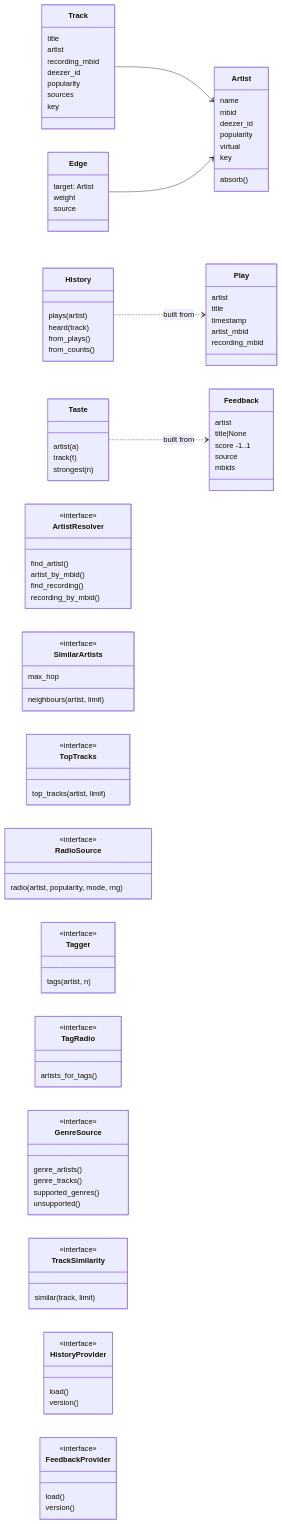
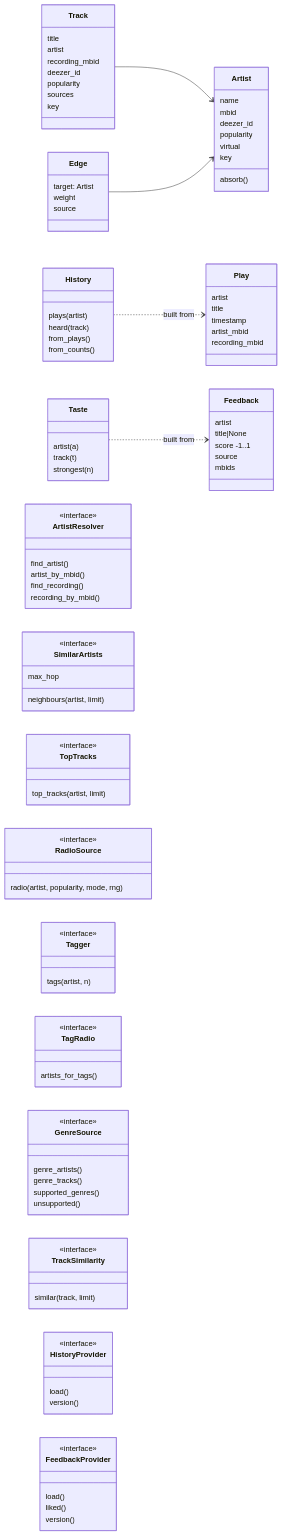
The first of 2 diagrams in docs/classes.md (Goober-nation/Post-Radio), drawn with Mermaid before and after one commit. The commit also changed other lines of this file and 14 other files, not shown here.

First line of the commit message:
Flow mode: a playlist from the user's likes, flowing through genre stops

````diff
--- a/docs/classes.md
+++ b/docs/classes.md
@@ -108,6 +108,7 @@
     class FeedbackProvider {
         <<interface>>
         load()
+        liked()
         version()
     }
 ```
````
